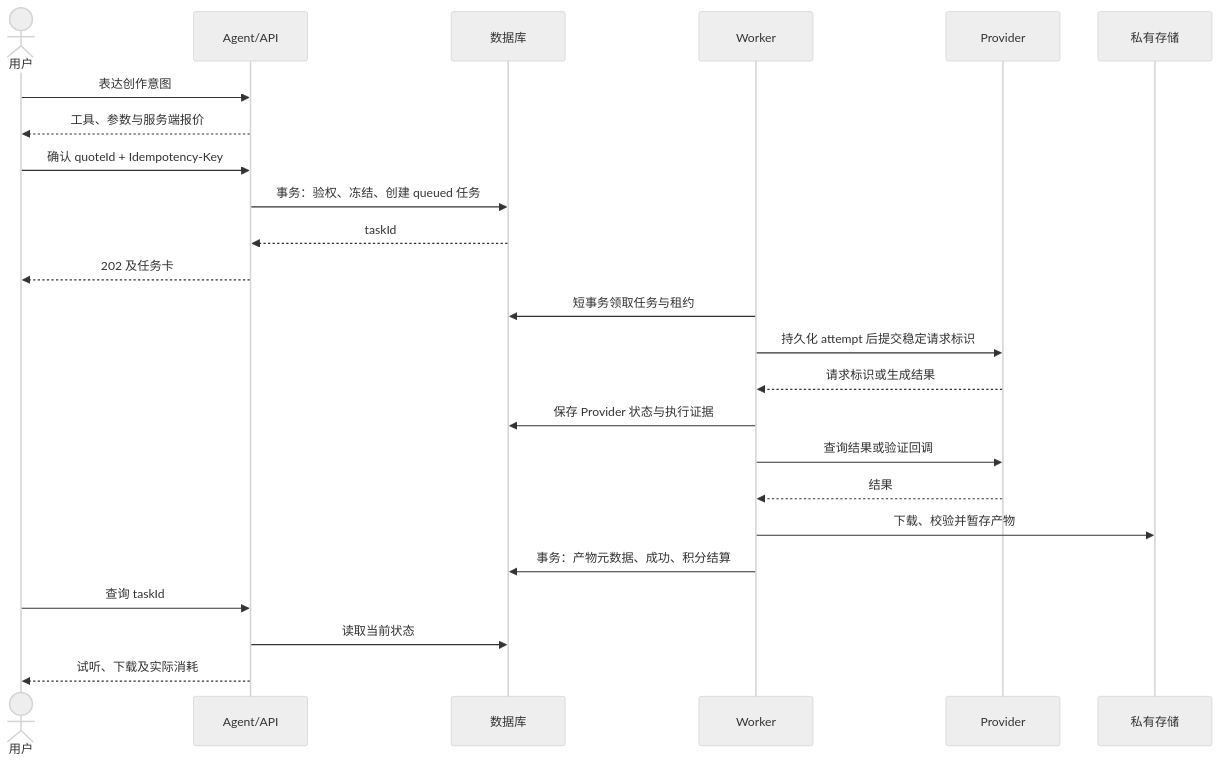
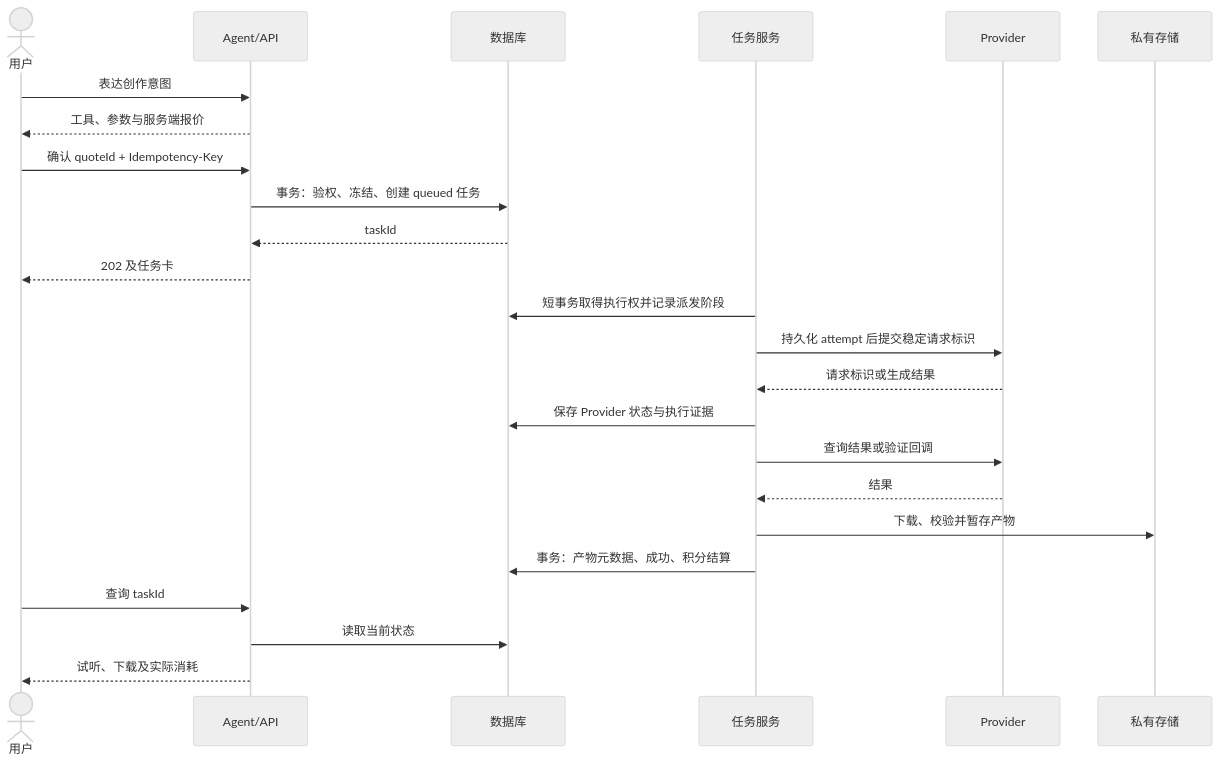
One commit to A-Words/museflow changed the first of 2 diagrams in docs/WORKFLOWS.md. Above: the diagram before and after it, drawn with Mermaid (neutral theme). The commit also changed other lines of this file and 8 other files, not shown here.

````diff
--- a/docs/WORKFLOWS.md
+++ b/docs/WORKFLOWS.md
@@ -20,26 +20,26 @@
 ```mermaid
 sequenceDiagram
     actor U as 用户
     participant A as Agent/API
     participant D as 数据库
-    participant W as Worker
+    participant W as 任务服务
     participant P as Provider
     participant S as 私有存储
     U->>A: 表达创作意图
     A-->>U: 工具、参数与服务端报价
     U->>A: 确认 quoteId + Idempotency-Key
     A->>D: 事务：验权、冻结、创建 queued 任务
     D-->>A: taskId
     A-->>U: 202 及任务卡
-    W->>D: 短事务领取任务与租约
+    W->>D: 短事务取得执行权并记录派发阶段
     W->>P: 持久化 attempt 后提交稳定请求标识
     P-->>W: 请求标识或生成结果
     W->>D: 保存 Provider 状态与执行证据
     W->>P: 查询结果或验证回调
     P-->>W: 结果
     W->>S: 下载、校验并暂存产物
     W->>D: 事务：产物元数据、成功、积分结算
     U->>A: 查询 taskId
     A->>D: 读取当前状态
     A-->>U: 试听、下载及实际消耗
 ```
````
